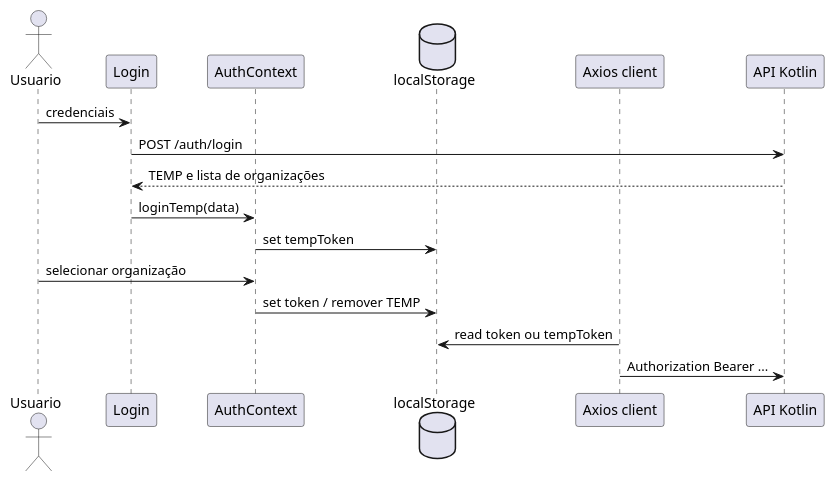
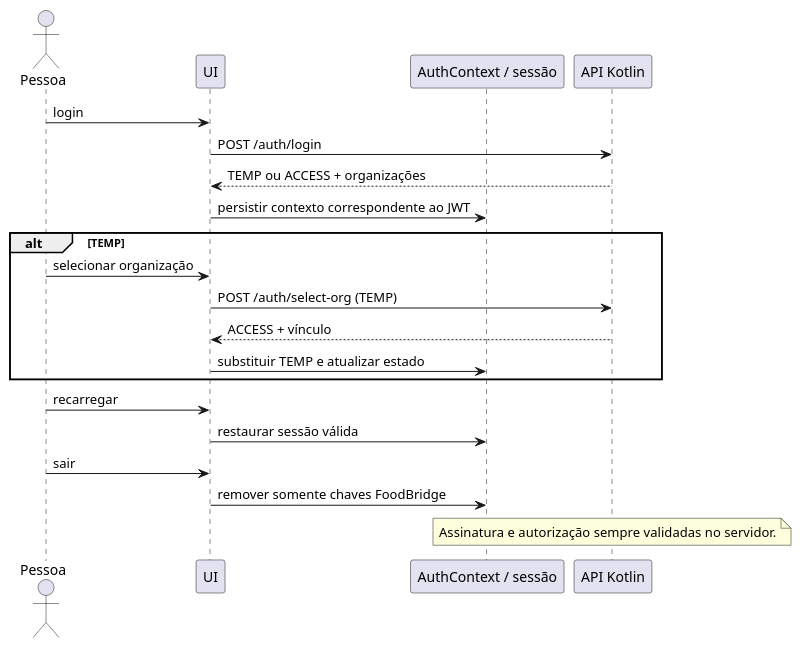
One commit to DanieldeAlmeida2024/Foodbridge-Frontend-React changed the diagram in docs/uml/02_autenticacao.puml. Above: the diagram before and after it, drawn with PlantUML. The commit also changed 18 other files, not shown here.

Commit message:
fix(web): restaurar sessão, proteger rotas e sincronizar organização com a API

```diff
--- a/docs/uml/02_autenticacao.puml
+++ b/docs/uml/02_autenticacao.puml
@@ -1,17 +1,23 @@
 @startuml
-actor Usuario
-participant "Login" as Login
-participant "AuthContext" as Auth
-database localStorage as LS
-participant "Axios client" as Axios
+actor Pessoa
+participant UI
+participant "AuthContext / sessão" as Sessao
 participant "API Kotlin" as API
-Usuario -> Login : credenciais
-Login -> API : POST /auth/login
-API --> Login : TEMP e lista de organizações
-Login -> Auth : loginTemp(data)
-Auth -> LS : set tempToken
-Usuario -> Auth : selecionar organização
-Auth -> LS : set token / remover TEMP
-Axios -> LS : read token ou tempToken
-Axios -> API : Authorization Bearer ...
+Pessoa -> UI : login
+UI -> API : POST /auth/login
+API --> UI : TEMP ou ACCESS + organizações
+UI -> Sessao : persistir contexto correspondente ao JWT
+alt TEMP
+Pessoa -> UI : selecionar organização
+UI -> API : POST /auth/select-org (TEMP)
+API --> UI : ACCESS + vínculo
+UI -> Sessao : substituir TEMP e atualizar estado
+end
+Pessoa -> UI : recarregar
+UI -> Sessao : restaurar sessão válida
+Pessoa -> UI : sair
+UI -> Sessao : remover somente chaves FoodBridge
+note over API
+Assinatura e autorização sempre validadas no servidor.
+end note
 @enduml
```
